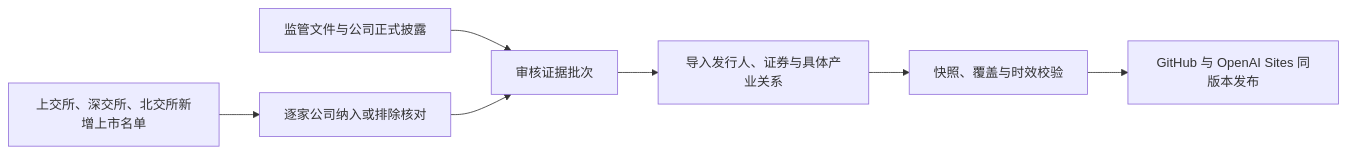
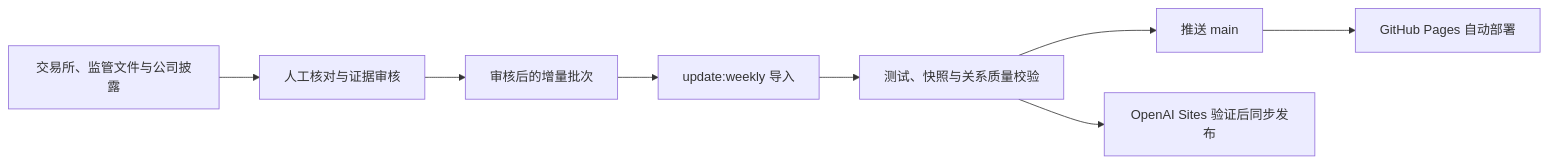
Before and after one commit to judefluen-coder/ai-chaingraph: the second of 3 diagrams in README.md, drawn with Mermaid. The commit also changed other lines of this file and 1 other file, not shown here.

````diff
--- a/README.md
+++ b/README.md
@@ -115,9 +131,10 @@
 ```mermaid
 flowchart LR
-    A["上交所、深交所、北交所新增上市名单"] --> B["逐家公司纳入或排除核对"]
-    C["监管文件与公司正式披露"] --> D["审核证据批次"]
-    B --> D
-    D --> E["导入发行人、证券与具体产业关系"]
-    E --> F["快照、覆盖与时效校验"]
-    F --> G["GitHub 与 OpenAI Sites 同版本发布"]
+    A["交易所、监管文件与公司披露"] --> B["人工核对与证据审核"]
+    B --> C["审核后的增量批次"]
+    C --> D["update:weekly 导入"]
+    D --> E["测试、快照与关系质量校验"]
+    E --> F["推送 main"]
+    F --> G["GitHub Pages 自动部署"]
+    E --> H["OpenAI Sites 验证后同步发布"]
 ```
````
